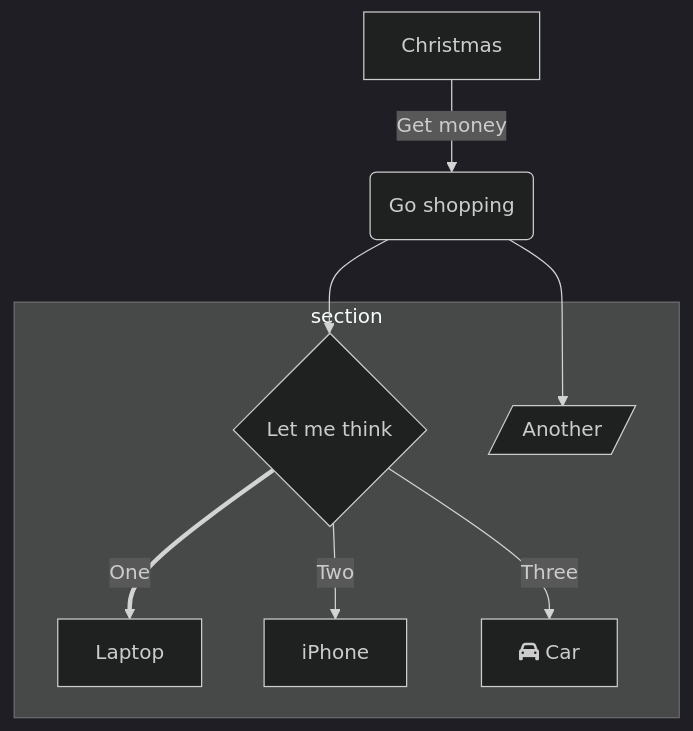
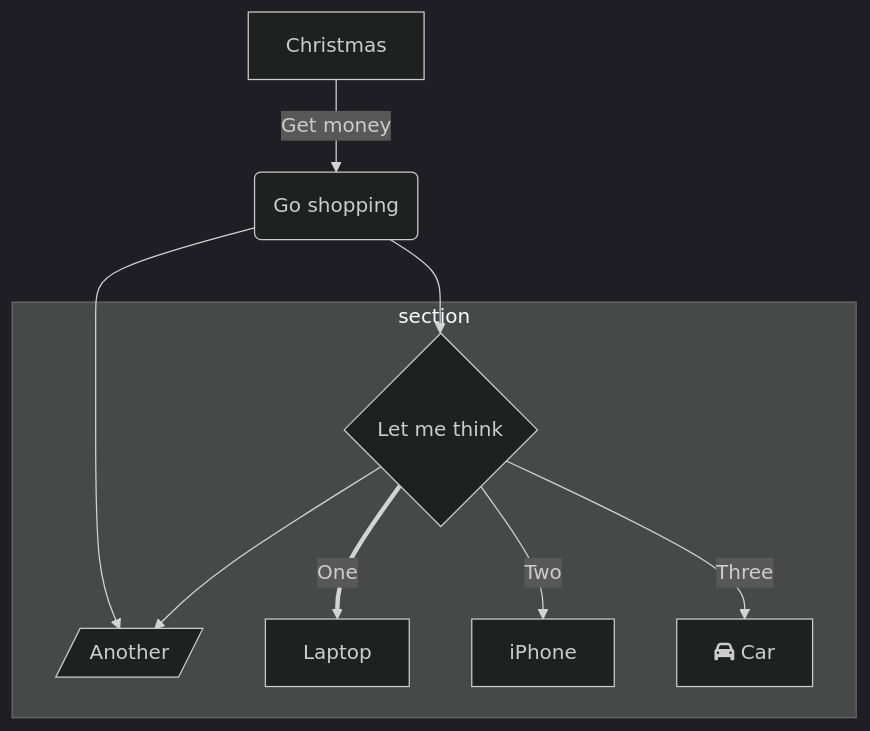
The second of 5 diagrams in taon.top/content/post/even-theme-show.md (taontech/www), drawn with Mermaid before and after one commit. The commit also changed other lines of this file and 4 other files, not shown here.

Commit message:
custem theme of mermaid

````diff
--- a/taon.top/content/post/even-theme-show.md
+++ b/taon.top/content/post/even-theme-show.md
@@ -13,17 +34,18 @@
-``` mermaid
+```mermaid
 %%{init: {'theme': 'dark', "flowchart" : { "curve" : "basis" } } }%%
         graph TD
           A[Christmas] -->|Get money| B(Go shopping)
           B --> C{Let me think}
           B --> G[/Another/]
           C ==>|One| D[Laptop]
           C -->|Two| E[iPhone]
           C -->|Three| F[fa:fa-car Car]
+          C --> G
           subgraph section
             C
             D
             E
             F
             G
           end
 ```
````
